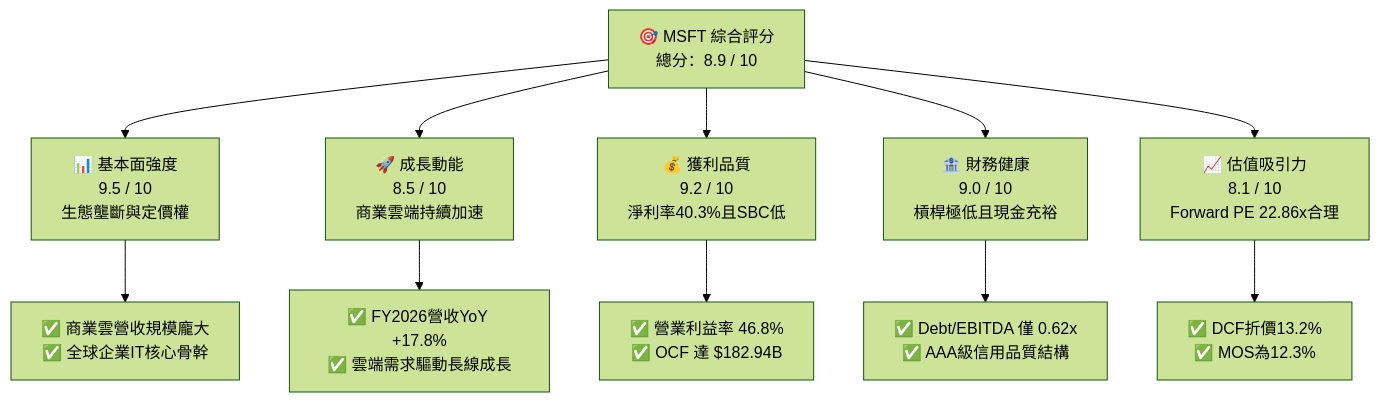
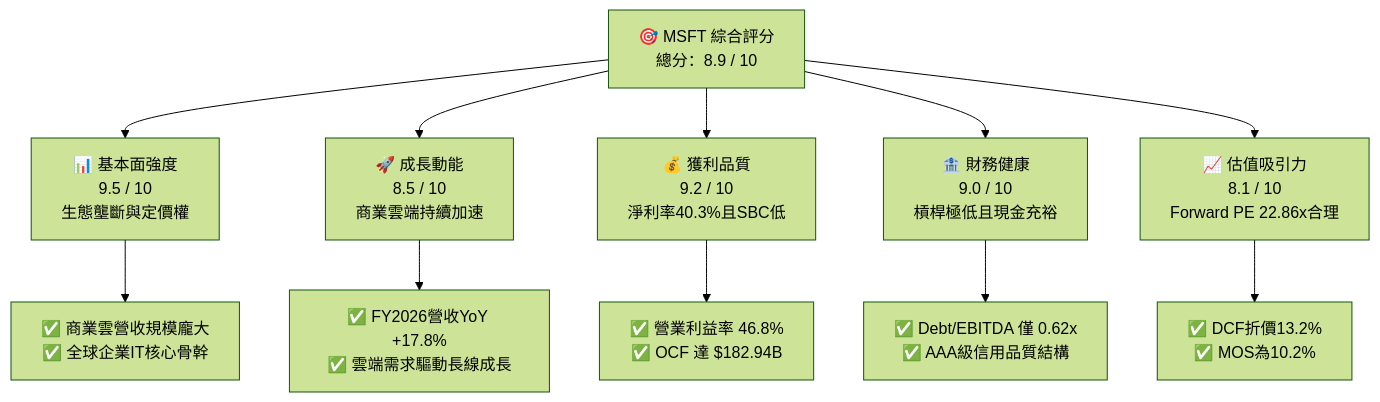
Before and after one commit to yennanliu/finance_data: the first of 15 diagrams in ai_gen_report/fundamental/msft/fundamental_analysis_2026-10-13_gemini.md, drawn with Mermaid (forest theme). The commit also changed other lines of this file and 339 other files, not shown here.

````diff
--- a/ai_gen_report/fundamental/msft/fundamental_analysis_2026-10-13_gemini.md
+++ b/ai_gen_report/fundamental/msft/fundamental_analysis_2026-10-13_gemini.md
@@ -61,22 +68,22 @@
 ```mermaid
 graph TD
     MSFT["🎯 MSFT 綜合評分<br/>總分：8.9 / 10"]
 
     F["📊 基本面強度<br/>9.5 / 10<br/>生態壟斷與定價權"]
     G["🚀 成長動能<br/>8.5 / 10<br/>商業雲端持續加速"]
     P["💰 獲利品質<br/>9.2 / 10<br/>淨利率40.3%且SBC低"]
     B["🏦 財務健康<br/>9.0 / 10<br/>槓桿極低且現金充裕"]
     V["📈 估值吸引力<br/>8.1 / 10<br/>Forward PE 22.86x合理"]
 
     MSFT --> F
     MSFT --> G
     MSFT --> P
     MSFT --> B
     MSFT --> V
 
     F --> F1["✅ 商業雲營收規模龐大<br/>✅ 全球企業IT核心骨幹"]
     G --> G1["✅ FY2026營收YoY +17.8%<br/>✅ 雲端需求驅動長線成長"]
     P --> P1["✅ 營業利益率 46.8%<br/>✅ OCF 達 $182.94B"]
     B --> B1["✅ Debt/EBITDA 僅 0.62x<br/>✅ AAA級信用品質結構"]
-    V --> V1["✅ DCF折價13.2%<br/>✅ MOS為12.3%"]
+    V --> V1["✅ DCF折價13.2%<br/>✅ MOS為10.2%"]
 ```
````
